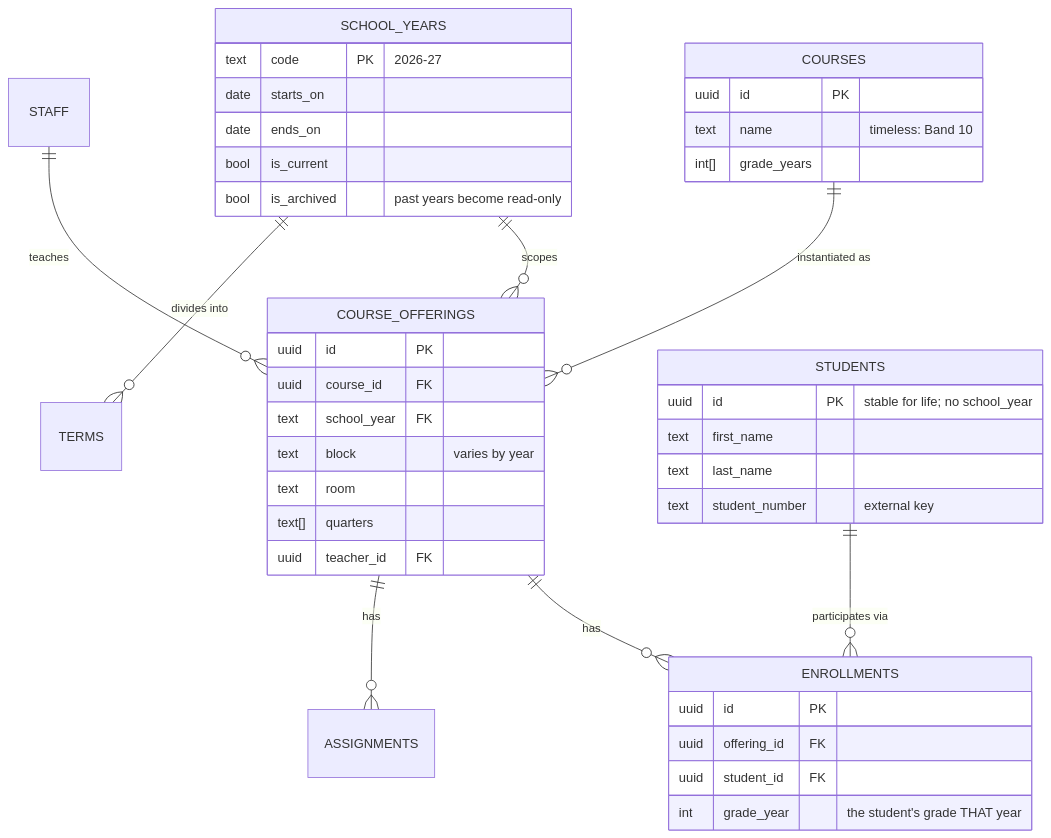
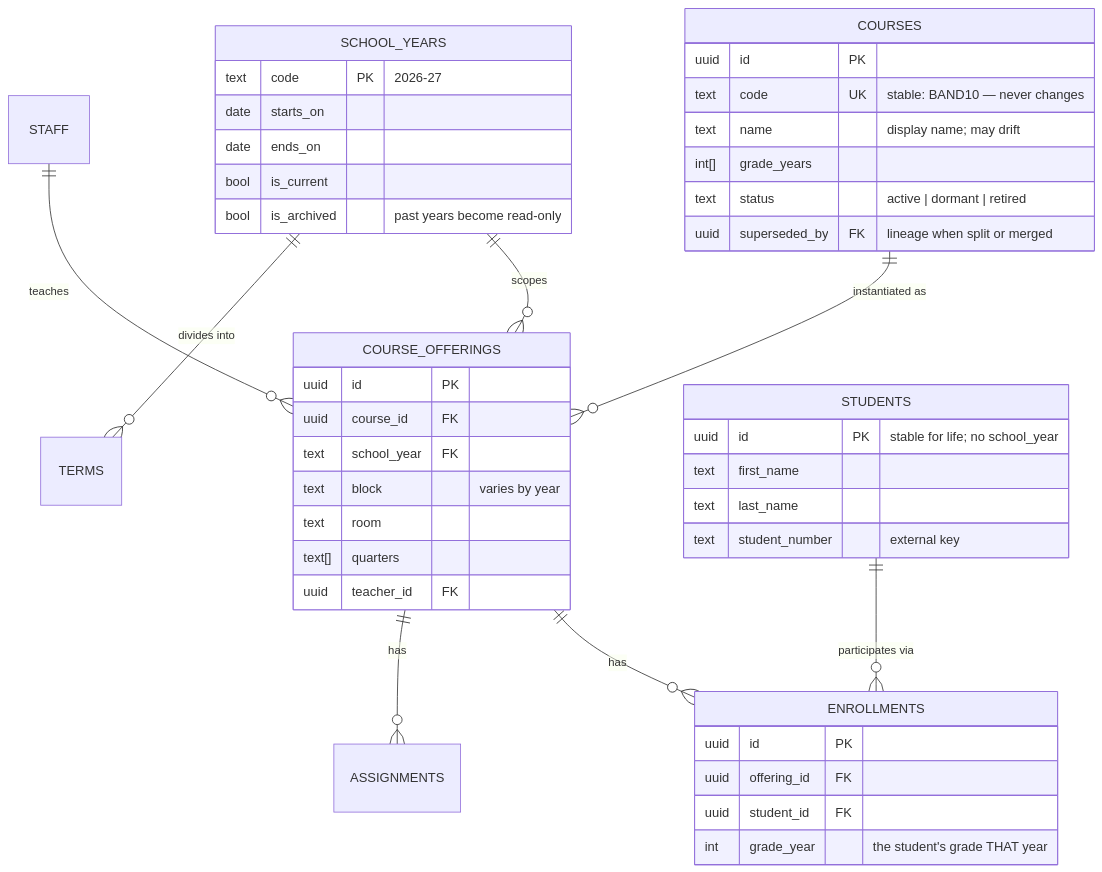
The diagram in ARCHITECTURE.md (kawabunga8/CourseBoard), drawn with Mermaid before and after one commit. The commit also changed other lines of this file, not shown here.

````diff
--- a/ARCHITECTURE.md
+++ b/ARCHITECTURE.md
@@ -40,44 +42,47 @@
 ```mermaid
 erDiagram
     SCHOOL_YEARS ||--o{ COURSE_OFFERINGS : "scopes"
     SCHOOL_YEARS ||--o{ TERMS : "divides into"
     COURSES ||--o{ COURSE_OFFERINGS : "instantiated as"
     COURSE_OFFERINGS ||--o{ ENROLLMENTS : "has"
     COURSE_OFFERINGS ||--o{ ASSIGNMENTS : "has"
     STUDENTS ||--o{ ENROLLMENTS : "participates via"
     STAFF ||--o{ COURSE_OFFERINGS : "teaches"
 
     SCHOOL_YEARS {
         text   code PK "2026-27"
         date   starts_on
         date   ends_on
         bool   is_current
         bool   is_archived "past years become read-only"
     }
     COURSES {
         uuid   id PK
-        text   name "timeless: Band 10"
+        text   code UK "stable: BAND10 — never changes"
+        text   name "display name; may drift"
         int[]  grade_years
+        text   status "active | dormant | retired"
+        uuid   superseded_by FK "lineage when split or merged"
     }
     COURSE_OFFERINGS {
         uuid   id PK
         uuid   course_id FK
         text   school_year FK
         text   block "varies by year"
         text   room
         text[] quarters
         uuid   teacher_id FK
     }
     STUDENTS {
         uuid   id PK "stable for life; no school_year"
         text   first_name
         text   last_name
         text   student_number "external key"
     }
     ENROLLMENTS {
         uuid   id PK
         uuid   offering_id FK
         uuid   student_id FK
         int    grade_year "the student's grade THAT year"
     }
 ```
````
